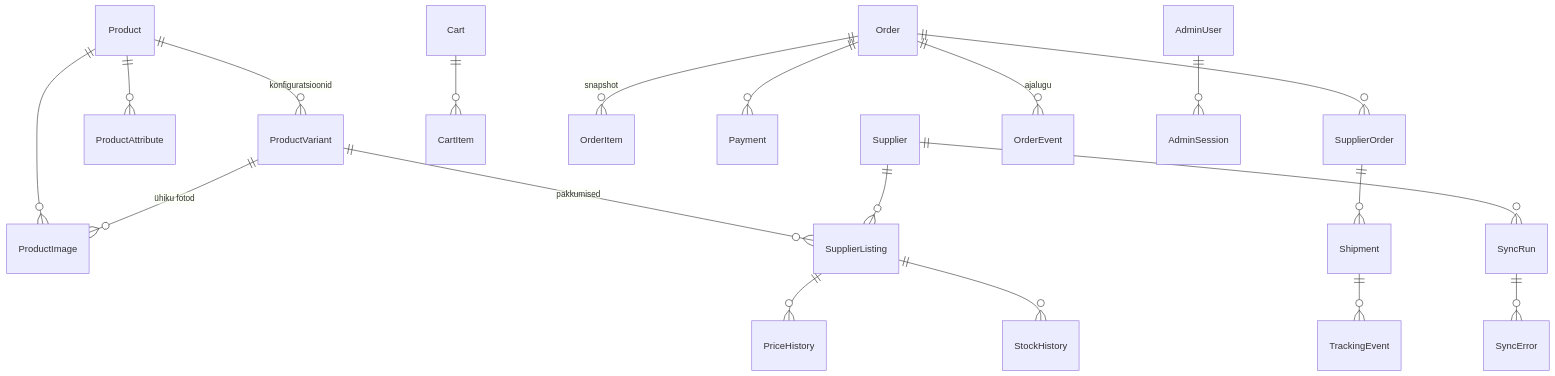
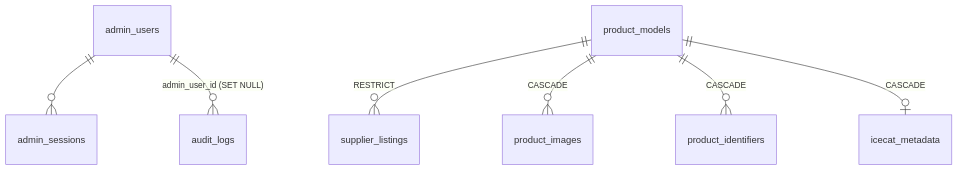
Before and after one commit to rissu18/laptop_store: the diagram in docs/DATABASE.md, drawn with Mermaid. The commit also changed other lines of this file and 7 other files, not shown here.

First line of the commit message:
docs: PostgreSQL ja admin-liides (ADMIN.md, DATABASE.md, ARCHITECTURE, PROJECT_PLAN, README, CHANGELOG)

````diff
--- a/docs/DATABASE.md
+++ b/docs/DATABASE.md
@@ -18,21 +50,9 @@
 ```mermaid
 erDiagram
-  Product ||--o{ ProductVariant : "konfiguratsioonid"
-  Product ||--o{ ProductImage : ""
-  Product ||--o{ ProductAttribute : ""
-  ProductVariant ||--o{ SupplierListing : "pakkumised"
-  ProductVariant ||--o{ ProductImage : "ühiku fotod"
-  Supplier ||--o{ SupplierListing : ""
-  SupplierListing ||--o{ PriceHistory : ""
-  SupplierListing ||--o{ StockHistory : ""
-  Supplier ||--o{ SyncRun : ""
-  SyncRun ||--o{ SyncError : ""
-  Cart ||--o{ CartItem : ""
-  Order ||--o{ OrderItem : "snapshot"
-  Order ||--o{ Payment : ""
-  Order ||--o{ SupplierOrder : ""
-  SupplierOrder ||--o{ Shipment : ""
-  Shipment ||--o{ TrackingEvent : ""
-  Order ||--o{ OrderEvent : "ajalugu"
-  AdminUser ||--o{ AdminSession : ""
+  admin_users ||--o{ admin_sessions : ""
+  admin_users ||--o{ audit_logs : "admin_user_id (SET NULL)"
+  product_models ||--o{ supplier_listings : "RESTRICT"
+  product_models ||--o{ product_images : "CASCADE"
+  product_models ||--o{ product_identifiers : "CASCADE"
+  product_models ||--o| icecat_metadata : "CASCADE"
 ```
````
